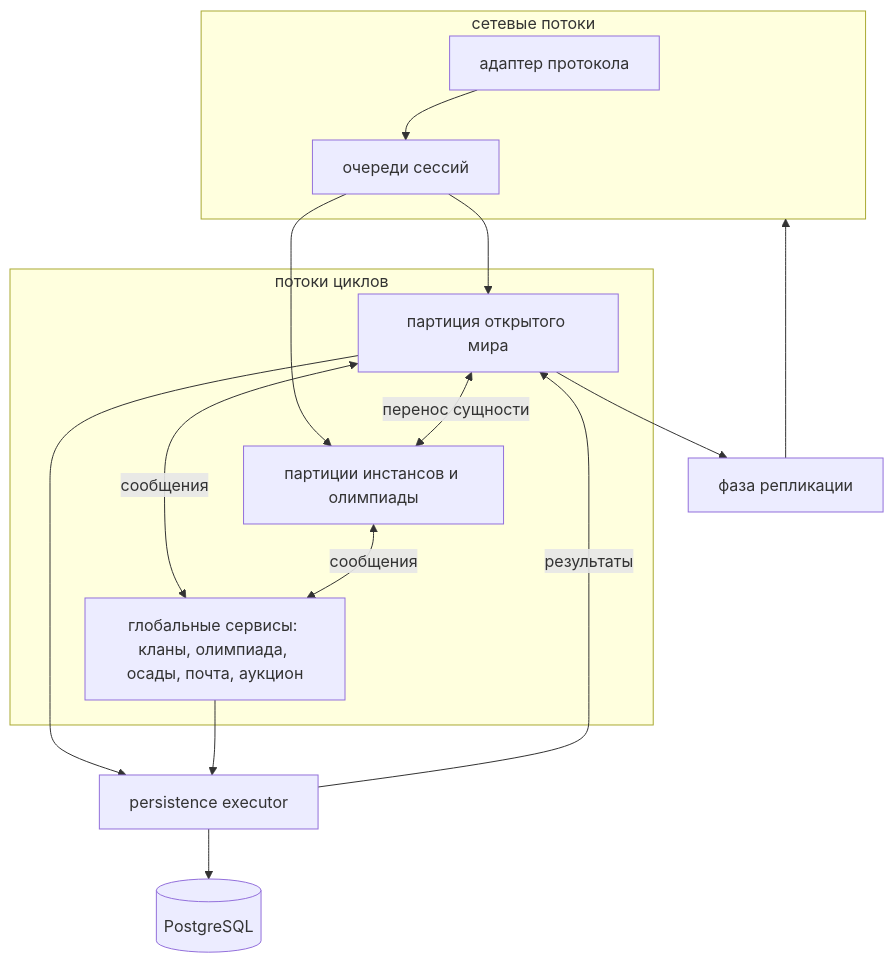
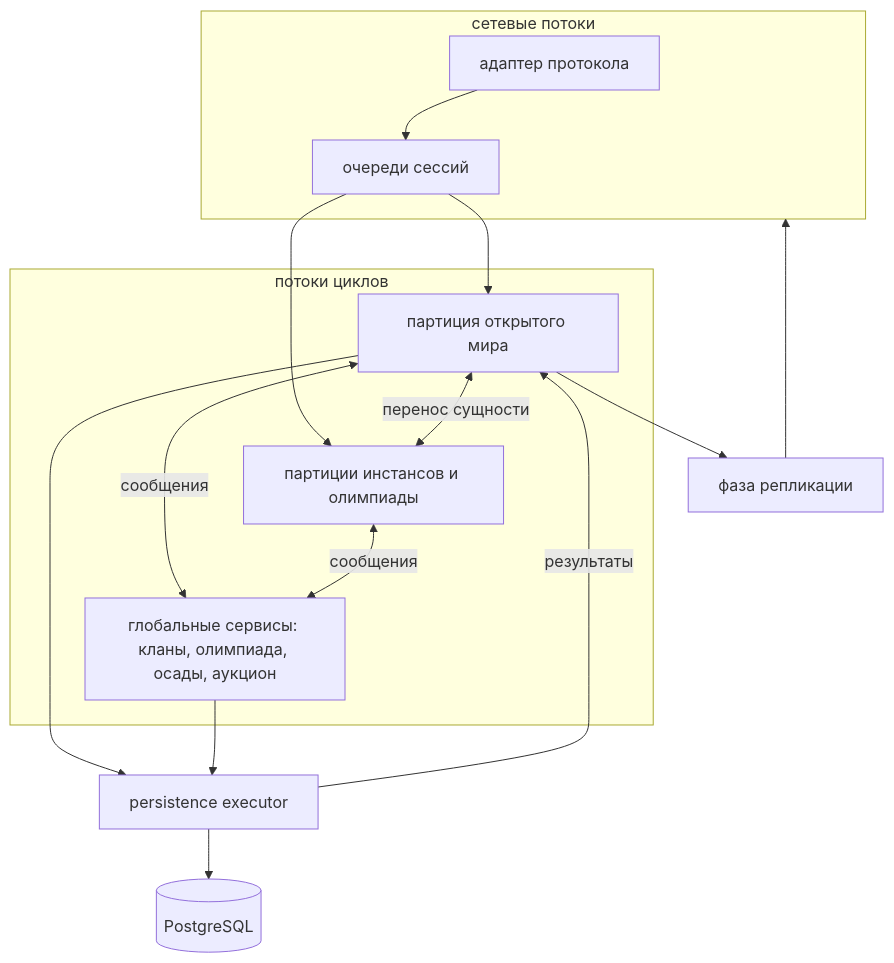
Before and after one commit to l2nx/nx-dev-web: the diagram in src/content/docs/ru/core/architecture.md, drawn with Mermaid. The commit also changed other lines of this file and 22 other files, not shown here.

````diff
--- a/src/content/docs/ru/core/architecture.md
+++ b/src/content/docs/ru/core/architecture.md
@@ -30,20 +30,20 @@
 ```mermaid
 flowchart TB
   subgraph IO[сетевые потоки]
     C[адаптер протокола] --> SQ[очереди сессий]
   end
   SQ --> W
   SQ --> I
   subgraph Loops[потоки циклов]
     W[партиция открытого мира]
     I[партиции инстансов и олимпиады]
-    G[глобальные сервисы: кланы, олимпиада, осады, почта, аукцион]
+    G[глобальные сервисы: кланы, олимпиада, осады, аукцион]
   end
   W <-->|сообщения| G
   I <-->|сообщения| G
   W <-->|перенос сущности| I
   W --> R[фаза репликации] --> IO
   W --> P[persistence executor] --> DB[(PostgreSQL)]
   G --> P
   P -->|результаты| W
 ```
````
